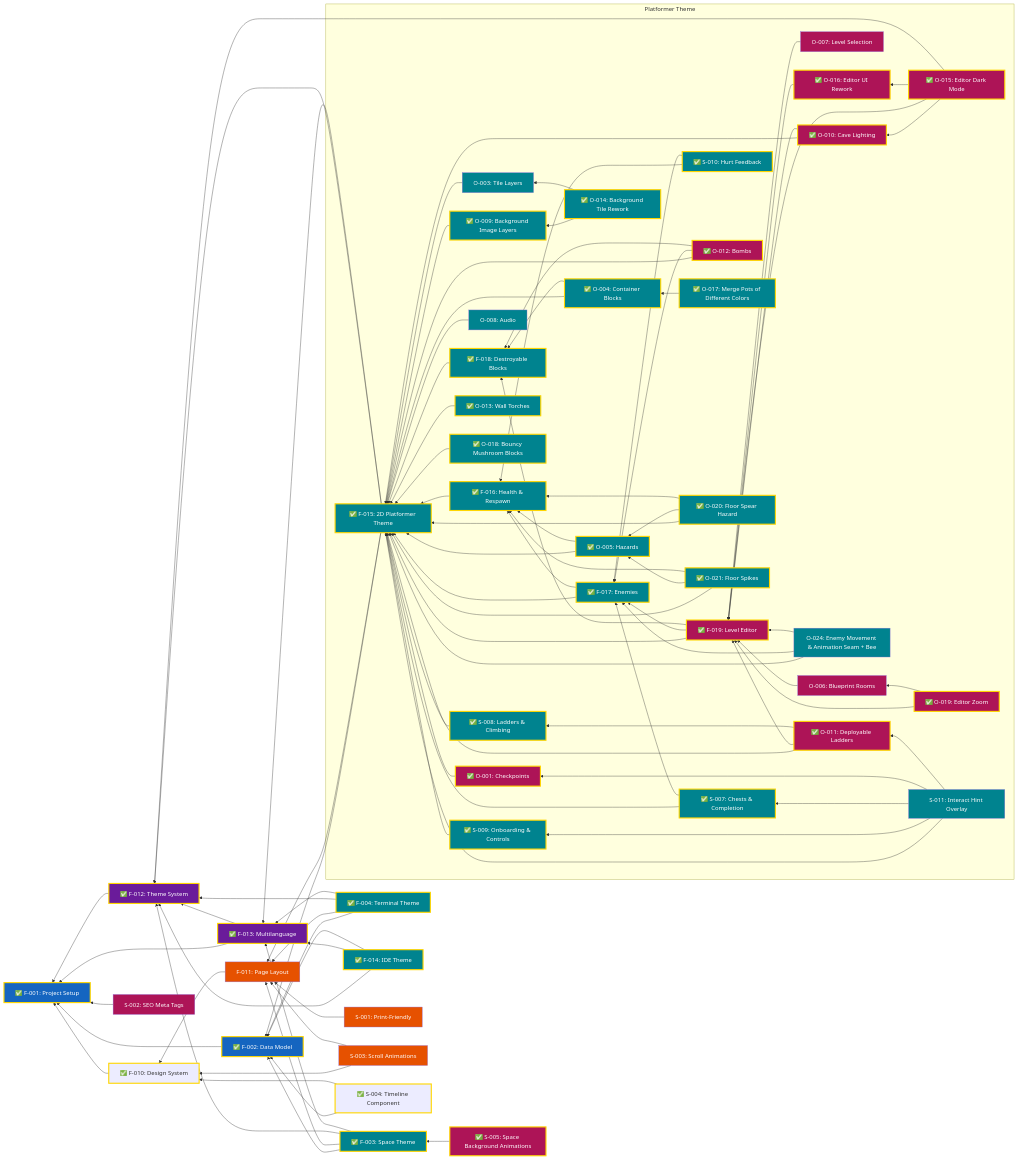
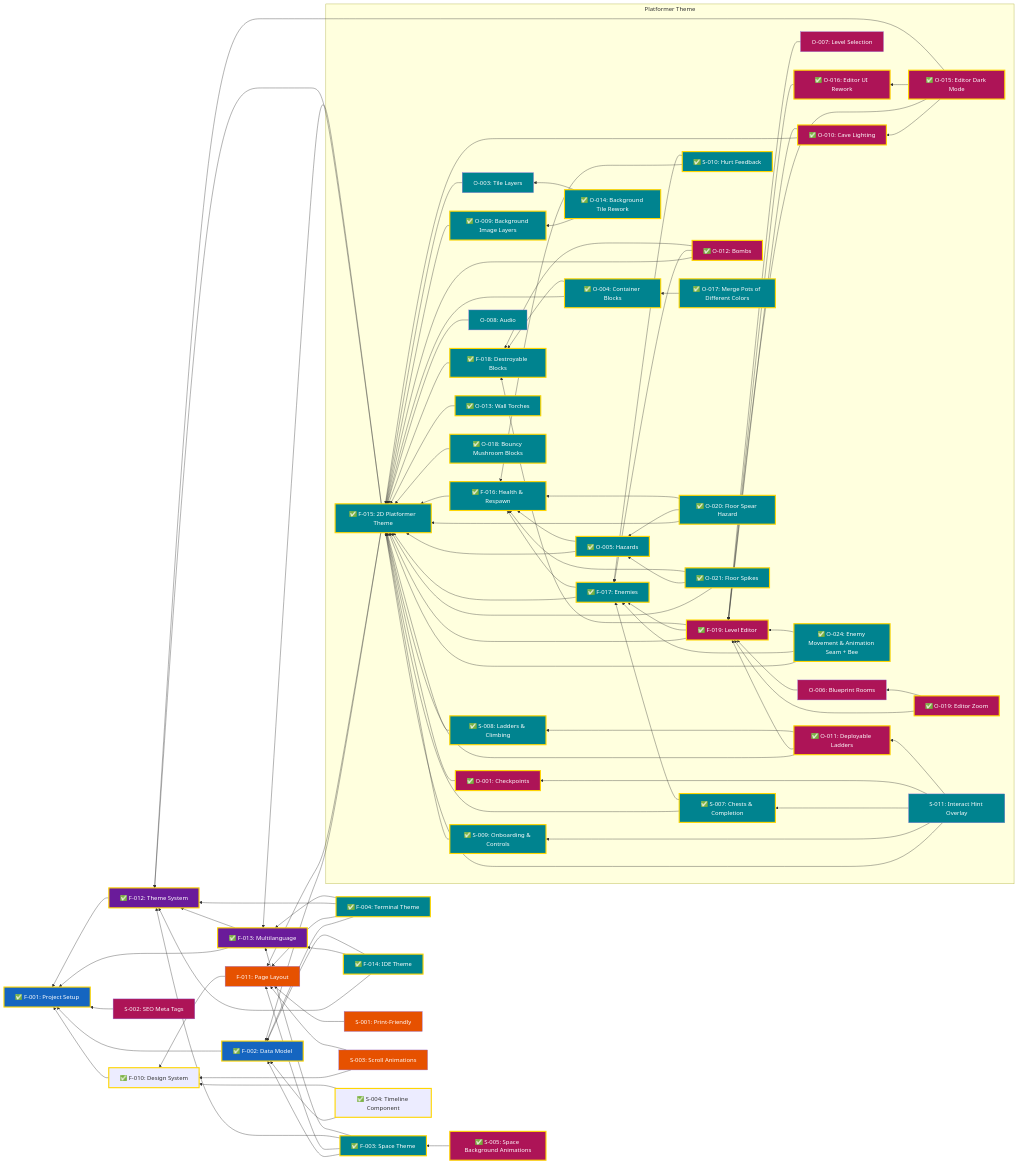
The diagram in docs/Features.md (garcipat/cv-website), drawn with Mermaid before and after one commit. The commit also changed 50 other files, not shown here.

Commit message:
feat(platformer): add per-kind enemy movement/animation seam and bee (O-024)

```diff
--- a/docs/Features.md
+++ b/docs/Features.md
@@ -53,7 +53,7 @@
         O019["✅ O-019: Editor Zoom"]
         O020["✅ O-020: Floor Spear Hazard"]
         O021["✅ O-021: Floor Spikes"]
-        O024["O-024: Enemy Movement & Animation Seam + Bee"]
+        O024["✅ O-024: Enemy Movement & Animation Seam + Bee"]
         S011["S-011: Interact Hint Overlay"]
     end
 
@@ -172,6 +172,7 @@
     class F015,F016,F017,F018,S007,S008,S009,S010,O003,O004,O005,O008,O009,O013,O014,O020,O021 themes
     class S011 themes
     class O024 themes
+    class O024 done
     class O017 themes
     class O017 done
     class O018 themes
```
